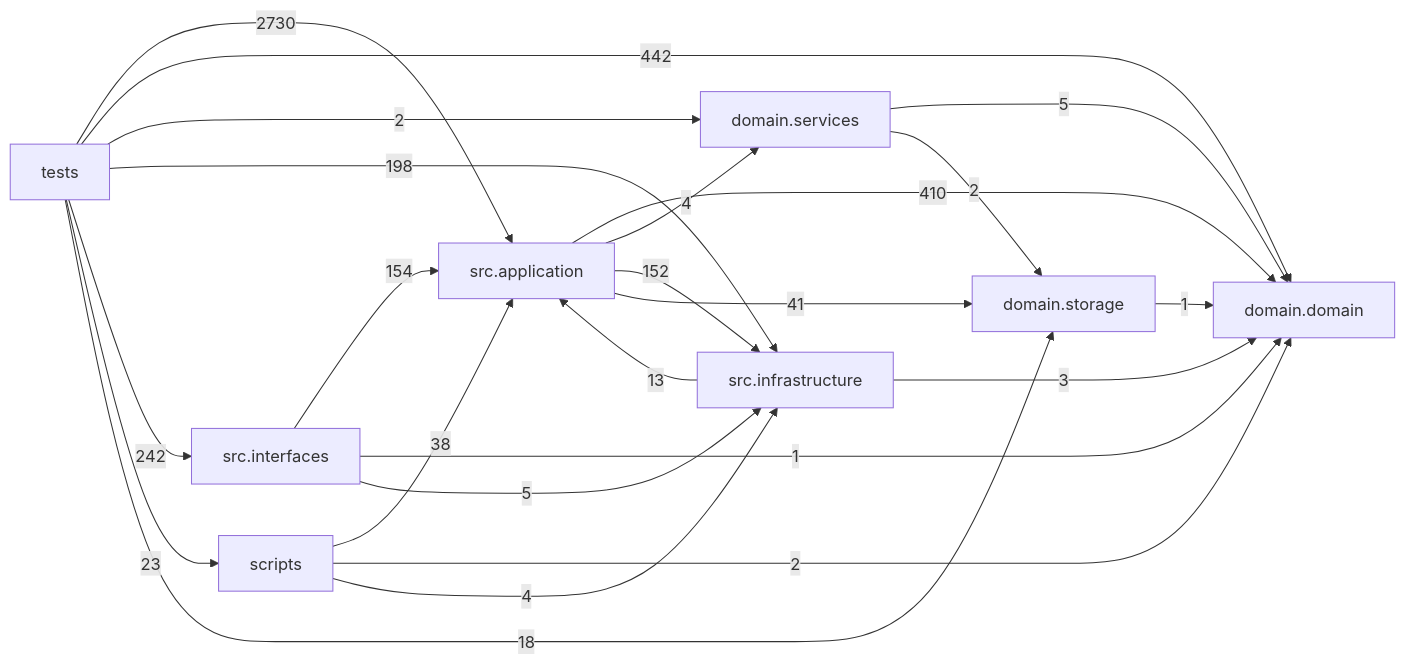
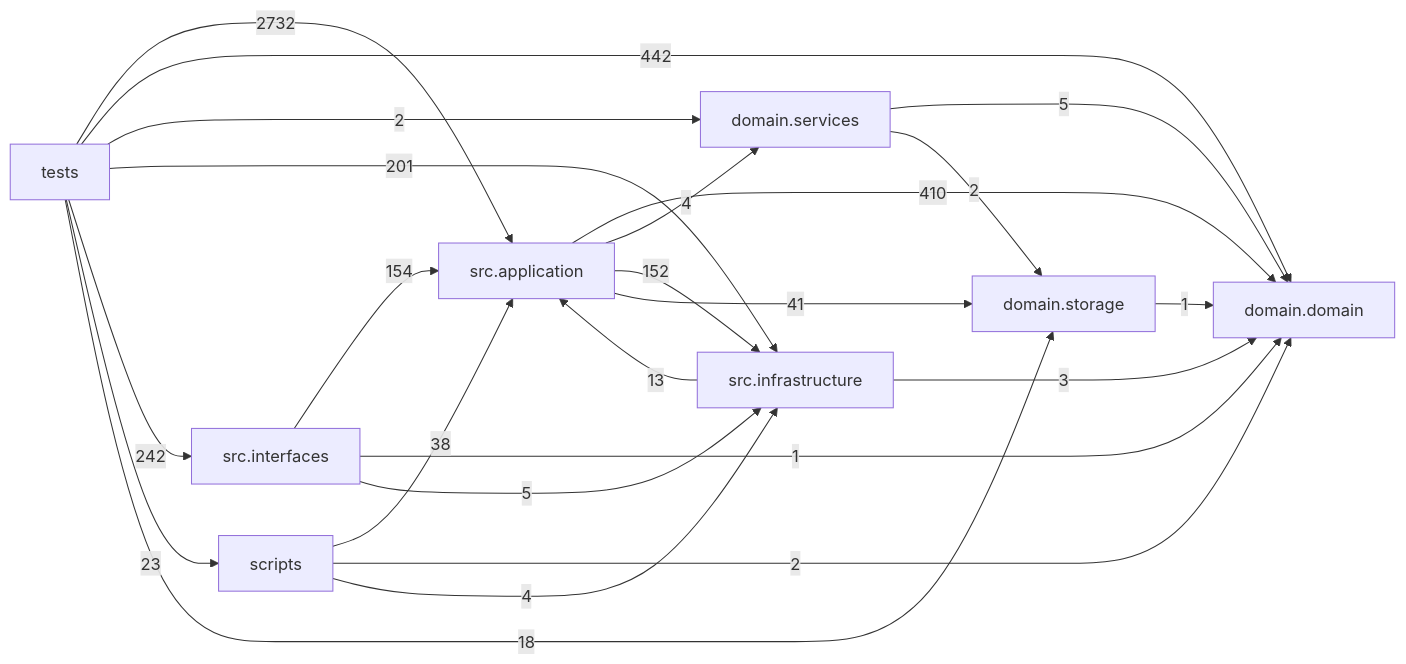
The diagram in docs/DEPENDENCY_GRAPH.md (liuxie066/options-monitor), drawn with Mermaid before and after one commit. The commit also changed other lines of this file and 14 other files, not shown here.

````diff
--- a/docs/DEPENDENCY_GRAPH.md
+++ b/docs/DEPENDENCY_GRAPH.md
@@ -24,33 +24,33 @@
 ```mermaid
 flowchart LR
   tests["tests"]
   scripts["scripts"]
   interfaces["src.interfaces"]
   application["src.application"]
   infrastructure["src.infrastructure"]
   domain_services["domain.services"]
   domain["domain.domain"]
   storage["domain.storage"]
   application -->|410| domain
   application -->|4| domain_services
   application -->|152| infrastructure
   application -->|41| storage
   domain_services -->|5| domain
   domain_services -->|2| storage
   infrastructure -->|13| application
   infrastructure -->|3| domain
   interfaces -->|154| application
   interfaces -->|1| domain
   interfaces -->|5| infrastructure
   scripts -->|38| application
   scripts -->|2| domain
   scripts -->|4| infrastructure
   storage -->|1| domain
-  tests -->|2730| application
+  tests -->|2732| application
   tests -->|442| domain
   tests -->|2| domain_services
-  tests -->|198| infrastructure
+  tests -->|201| infrastructure
   tests -->|242| interfaces
   tests -->|23| scripts
   tests -->|18| storage
 ```
````
